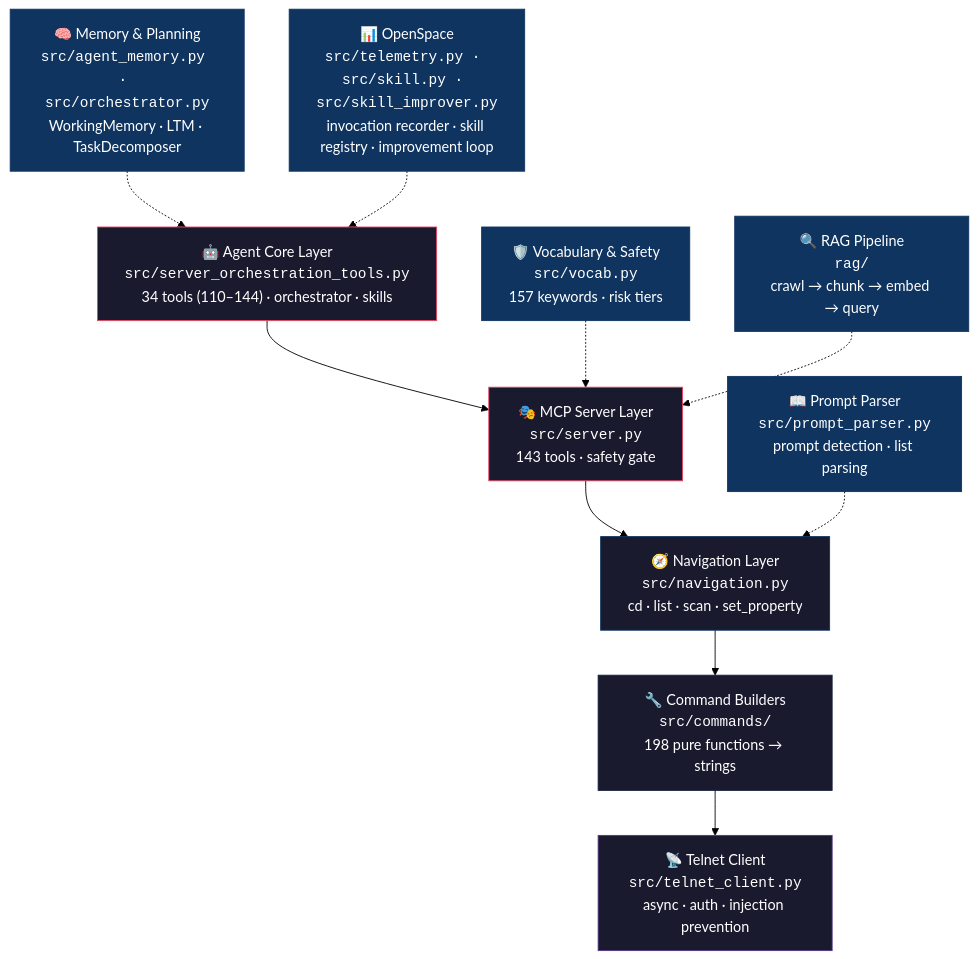
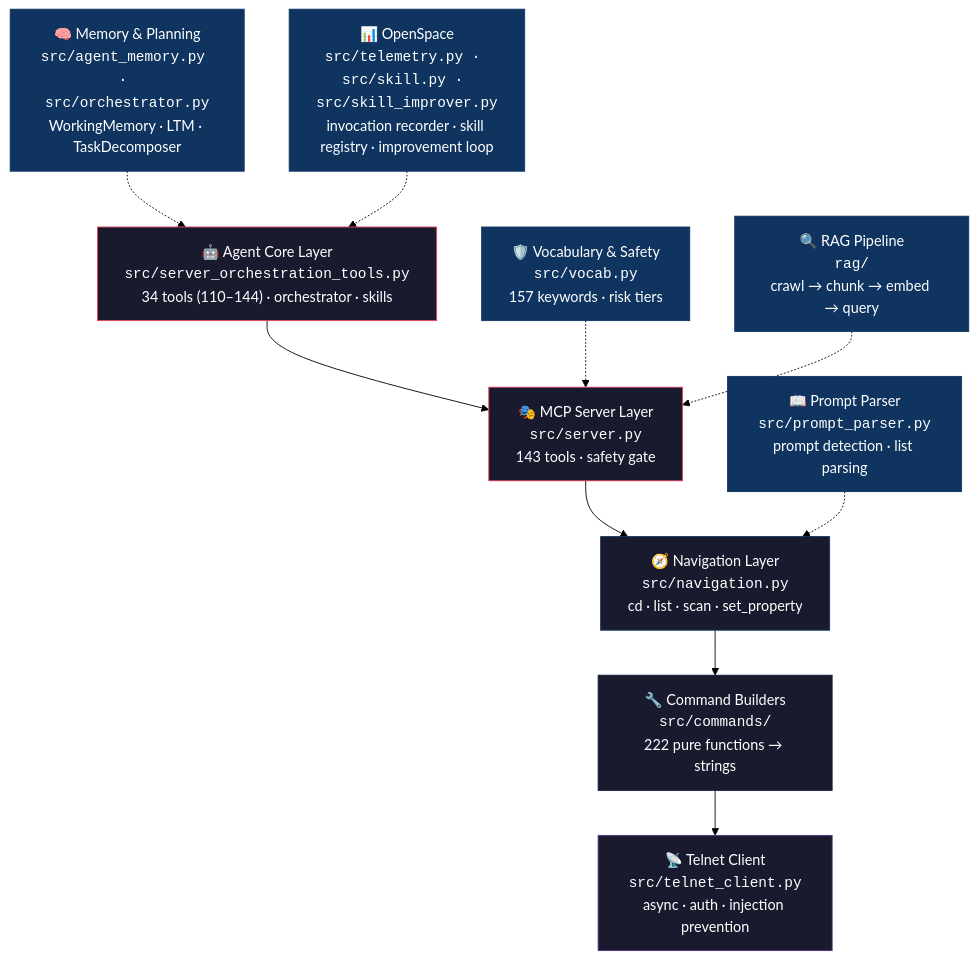
One commit to thisis-romar/ma2-onPC-MCP changed the first of 2 diagrams in README.md. Above: the diagram before and after it, drawn with Mermaid (forest theme). The commit also changed other lines of this file and 31 other files, not shown here.

````diff
--- a/README.md
+++ b/README.md
@@ -64,25 +64,25 @@
 ```mermaid
 graph TD
     H["🤖 Agent Core Layer<br/><code>src/server_orchestration_tools.py</code><br/>34 tools (110–144) · orchestrator · skills"] --> A
     A["🎭 MCP Server Layer<br/><code>src/server.py</code><br/>143 tools · safety gate"] --> B
     B["🧭 Navigation Layer<br/><code>src/navigation.py</code><br/>cd · list · scan · set_property"] --> C
-    C["🔧 Command Builders<br/><code>src/commands/</code><br/>198 pure functions → strings"] --> D
+    C["🔧 Command Builders<br/><code>src/commands/</code><br/>222 pure functions → strings"] --> D
     D["📡 Telnet Client<br/><code>src/telnet_client.py</code><br/>async · auth · injection prevention"]
 
     E["📖 Prompt Parser<br/><code>src/prompt_parser.py</code><br/>prompt detection · list parsing"] -.-> B
     F["🛡️ Vocabulary & Safety<br/><code>src/vocab.py</code><br/>157 keywords · risk tiers"] -.-> A
     G["🔍 RAG Pipeline<br/><code>rag/</code><br/>crawl → chunk → embed → query"] -.-> A
     I["🧠 Memory & Planning<br/><code>src/agent_memory.py · src/orchestrator.py</code><br/>WorkingMemory · LTM · TaskDecomposer"] -.-> H
     J["📊 OpenSpace<br/><code>src/telemetry.py · src/skill.py · src/skill_improver.py</code><br/>invocation recorder · skill registry · improvement loop"] -.-> H
 
     style H fill:#1a1a2e,stroke:#e94560,color:#fff
     style A fill:#1a1a2e,stroke:#e94560,color:#fff
     style B fill:#1a1a2e,stroke:#0f3460,color:#fff
     style C fill:#1a1a2e,stroke:#16213e,color:#fff
     style D fill:#1a1a2e,stroke:#533483,color:#fff
     style E fill:#0f3460,stroke:#0f3460,color:#fff
     style F fill:#0f3460,stroke:#0f3460,color:#fff
     style G fill:#0f3460,stroke:#0f3460,color:#fff
     style I fill:#0f3460,stroke:#0f3460,color:#fff
     style J fill:#0f3460,stroke:#0f3460,color:#fff
 ```
````
